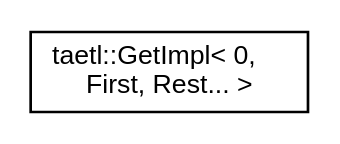
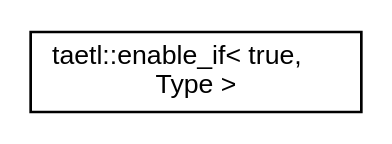
One commit to tobanteAudio/taetl changed the diagram in inherit_graph_13.dot. Above: the diagram before and after it, drawn with Graphviz. The commit also changed 113 other files, not shown here.

```diff
--- a/inherit_graph_13.dot
+++ b/inherit_graph_13.dot
@@ -1,7 +1,7 @@
 digraph "Graphical Class Hierarchy"
 {
   edge [fontname="Helvetica",fontsize="10",labelfontname="Helvetica",labelfontsize="10"];
   node [fontname="Helvetica",fontsize="10",shape=record];
   rankdir="LR";
-  Node0 [label="taetl::GetImpl\< 0,\l First, Rest... \>",height=0.2,width=0.4,color="black", fillcolor="white", style="filled",URL="$structtaetl_1_1GetImpl_3_010_00_01First_00_01Rest_8_8_8_01_4.html"];
+  Node0 [label="taetl::enable_if\< true,\l Type \>",height=0.2,width=0.4,color="black", fillcolor="white", style="filled",URL="$structtaetl_1_1enable__if_3_01true_00_01Type_01_4.html"];
 }
```
